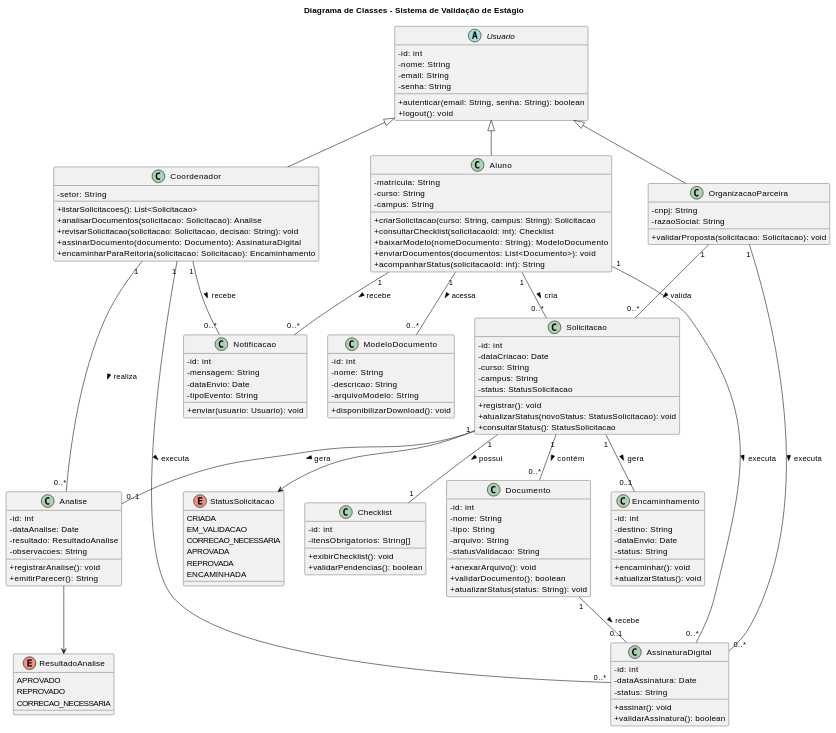
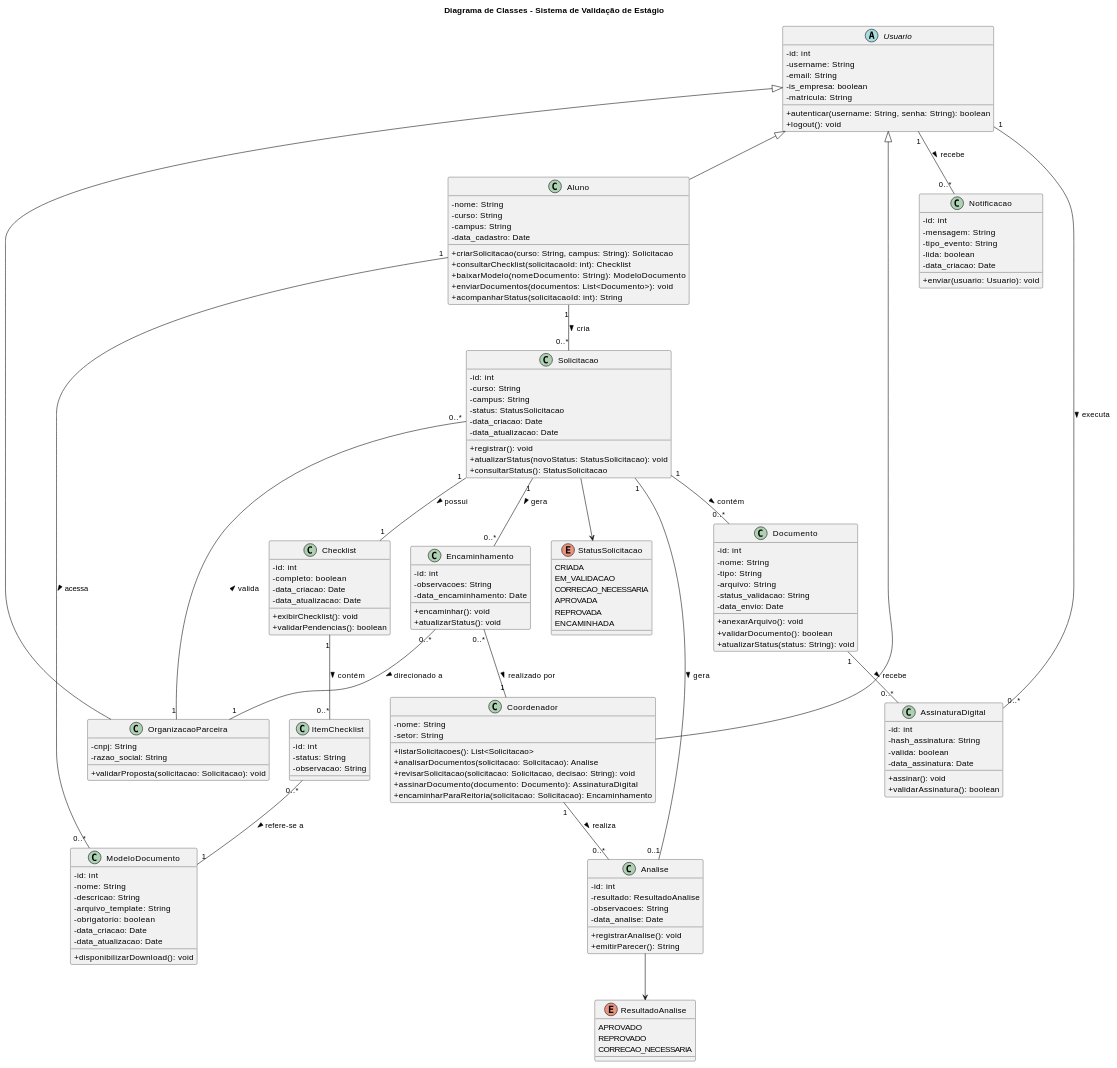
Before and after one commit to Projetos-de-Extensao/PBE_26.1_8001_V: the diagram in docs/Elaboracao/diagrama_de_classes.md, drawn with PlantUML. The commit also changed 2 other files, not shown here.

Commit message:
docs: atualiza diagrama de classes e remove guias desatualizados

```diff
--- a/docs/Elaboracao/diagrama_de_classes.md
+++ b/docs/Elaboracao/diagrama_de_classes.md
@@ -23,17 +23,19 @@
 
 abstract class Usuario {
   - id: int
-  - nome: String
+  - username: String
   - email: String
-  - senha: String
-  + autenticar(email: String, senha: String): boolean
+  - is_empresa: boolean
+  - matricula: String
+  + autenticar(username: String, senha: String): boolean
   + logout(): void
 }
 
 class Aluno {
-  - matricula: String
+  - nome: String
   - curso: String
   - campus: String
+  - data_cadastro: Date
   + criarSolicitacao(curso: String, campus: String): Solicitacao
   + consultarChecklist(solicitacaoId: int): Checklist
   + baixarModelo(nomeDocumento: String): ModeloDocumento
@@ -42,6 +44,7 @@
 }
 
 class Coordenador {
+  - nome: String
   - setor: String
   + listarSolicitacoes(): List<Solicitacao>
   + analisarDocumentos(solicitacao: Solicitacao): Analise
@@ -52,16 +55,17 @@
 
 class OrganizacaoParceira {
   - cnpj: String
-  - razaoSocial: String
+  - razao_social: String
   + validarProposta(solicitacao: Solicitacao): void
 }
 
 class Solicitacao {
   - id: int
-  - dataCriacao: Date
   - curso: String
   - campus: String
   - status: StatusSolicitacao
+  - data_criacao: Date
+  - data_atualizacao: Date
   + registrar(): void
   + atualizarStatus(novoStatus: StatusSolicitacao): void
   + consultarStatus(): StatusSolicitacao
@@ -69,9 +73,17 @@
 
 class Checklist {
   - id: int
-  - itensObrigatorios: String[]
+  - completo: boolean
+  - data_criacao: Date
+  - data_atualizacao: Date
   + exibirChecklist(): void
   + validarPendencias(): boolean
+}
+
+class ItemChecklist {
+  - id: int
+  - status: String
+  - observacao: String
 }
 
 class Documento {
@@ -79,7 +91,8 @@
   - nome: String
   - tipo: String
   - arquivo: String
-  - statusValidacao: String
+  - status_validacao: String
+  - data_envio: Date
   + anexarArquivo(): void
   + validarDocumento(): boolean
   + atualizarStatus(status: String): void
@@ -89,15 +102,18 @@
   - id: int
   - nome: String
   - descricao: String
-  - arquivoModelo: String
+  - arquivo_template: String
+  - obrigatorio: boolean
+  - data_criacao: Date
+  - data_atualizacao: Date
   + disponibilizarDownload(): void
 }
 
 class Analise {
   - id: int
-  - dataAnalise: Date
   - resultado: ResultadoAnalise
   - observacoes: String
+  - data_analise: Date
   + registrarAnalise(): void
   + emitirParecer(): String
 }
@@ -105,24 +121,25 @@
 class Notificacao {
   - id: int
   - mensagem: String
-  - dataEnvio: Date
-  - tipoEvento: String
+  - tipo_evento: String
+  - lida: boolean
+  - data_criacao: Date
   + enviar(usuario: Usuario): void
 }
 
 class AssinaturaDigital {
   - id: int
-  - dataAssinatura: Date
-  - status: String
+  - hash_assinatura: String
+  - valida: boolean
+  - data_assinatura: Date
   + assinar(): void
   + validarAssinatura(): boolean
 }
 
 class Encaminhamento {
   - id: int
-  - destino: String
-  - dataEnvio: Date
-  - status: String
+  - observacoes: String
+  - data_encaminhamento: Date
   + encaminhar(): void
   + atualizarStatus(): void
 }
@@ -148,21 +165,22 @@
 
 Aluno "1" -- "0..*" Solicitacao : cria >
 Solicitacao "1" -- "1" Checklist : possui >
+Checklist "1" -- "0..*" ItemChecklist : contém >
+ItemChecklist "0..*" -- "1" ModeloDocumento : refere-se a >
 Solicitacao "1" -- "0..*" Documento : contém >
 Solicitacao "1" -- "0..1" Analise : gera >
-Solicitacao "1" -- "0..1" Encaminhamento : gera >
+Solicitacao "1" -- "0..*" Encaminhamento : gera >
 
-Aluno "1" -- "0..*" Notificacao : recebe >
-Coordenador "1" -- "0..*" Notificacao : recebe >
+Usuario "1" -- "0..*" Notificacao : recebe >
 
 Coordenador "1" -- "0..*" Analise : realiza >
-Coordenador "1" -- "0..*" AssinaturaDigital : executa >
-Aluno "1" -- "0..*" AssinaturaDigital : executa >
-OrganizacaoParceira "1" -- "0..*" AssinaturaDigital : executa >
+Usuario "1" -- "0..*" AssinaturaDigital : executa >
 OrganizacaoParceira "1" -- "0..*" Solicitacao : valida >
 
-Documento "1" -- "0..1" AssinaturaDigital : recebe >
+Documento "1" -- "0..*" AssinaturaDigital : recebe >
 Aluno "1" -- "0..*" ModeloDocumento : acessa >
+Encaminhamento "0..*" -- "1" OrganizacaoParceira : direcionado a >
+Encaminhamento "0..*" -- "1" Coordenador : realizado por >
 
 Analise --> ResultadoAnalise
 Solicitacao --> StatusSolicitacao
```
